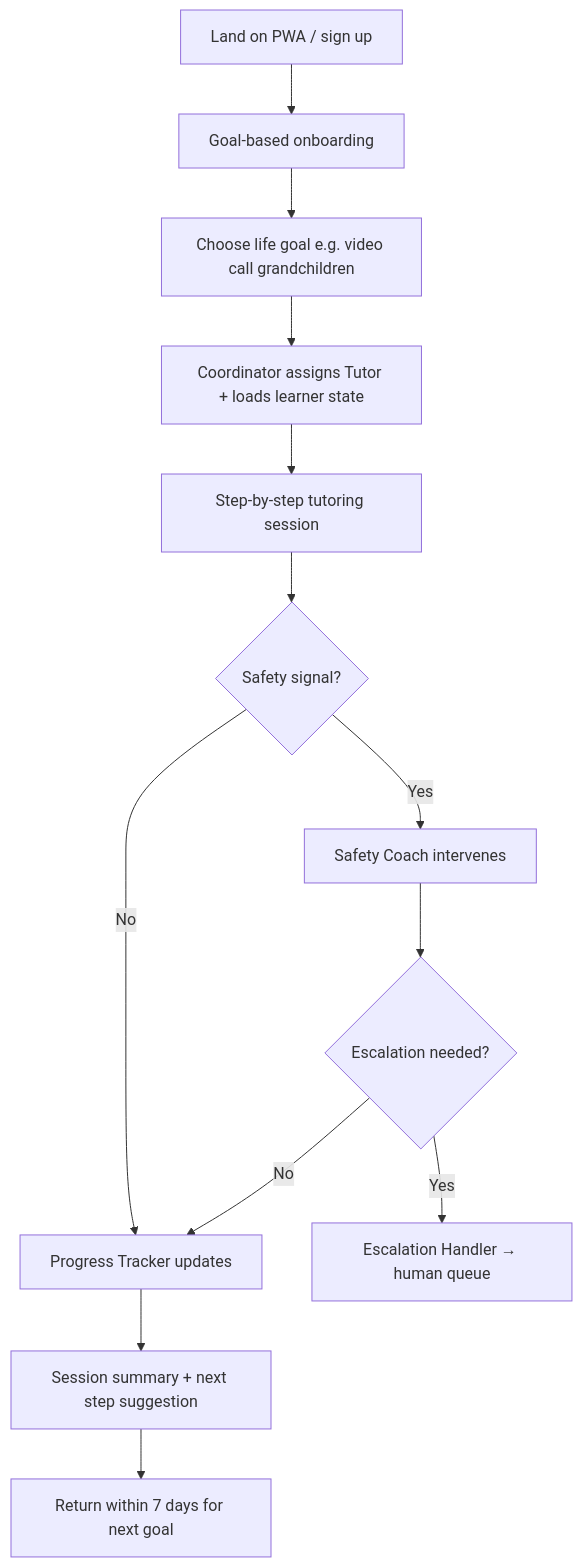
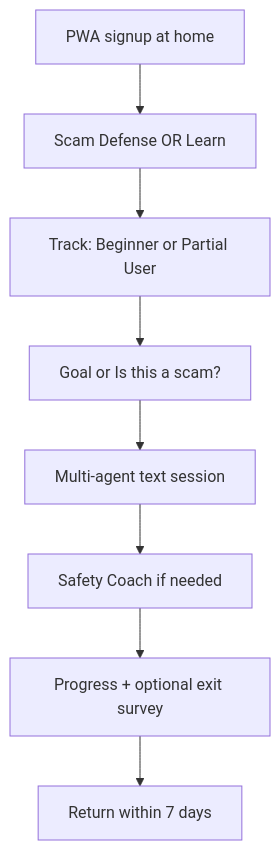
The first of 2 diagrams in project-context/1.define/prd.md (pixellady/senior-digital-literacy), drawn with Mermaid before and after one commit. The commit also changed other lines of this file and 1 other file, not shown here.

````diff
--- a/project-context/1.define/prd.md
+++ b/project-context/1.define/prd.md
@@ -126,15 +125,10 @@
 ```mermaid
 flowchart TD
-    A[Land on PWA / sign up] --> B[Goal-based onboarding]
-    B --> C[Choose life goal e.g. video call grandchildren]
-    C --> D[Coordinator assigns Tutor + loads learner state]
-    D --> E[Step-by-step tutoring session]
-    E --> F{Safety signal?}
-    F -->|Yes| G[Safety Coach intervenes]
-    F -->|No| H[Progress Tracker updates]
-    G --> I{Escalation needed?}
-    I -->|Yes| J[Escalation Handler → human queue]
-    I -->|No| H
-    H --> K[Session summary + next step suggestion]
-    K --> L[Return within 7 days for next goal]
+    A[PWA signup at home] --> B[Scam Defense OR Learn]
+    B --> C[Track: Beginner or Partial User]
+    C --> D[Goal or Is this a scam?]
+    D --> E[Multi-agent text session]
+    E --> F[Safety Coach if needed]
+    F --> G[Progress + optional exit survey]
+    G --> H[Return within 7 days]
 ```
````
